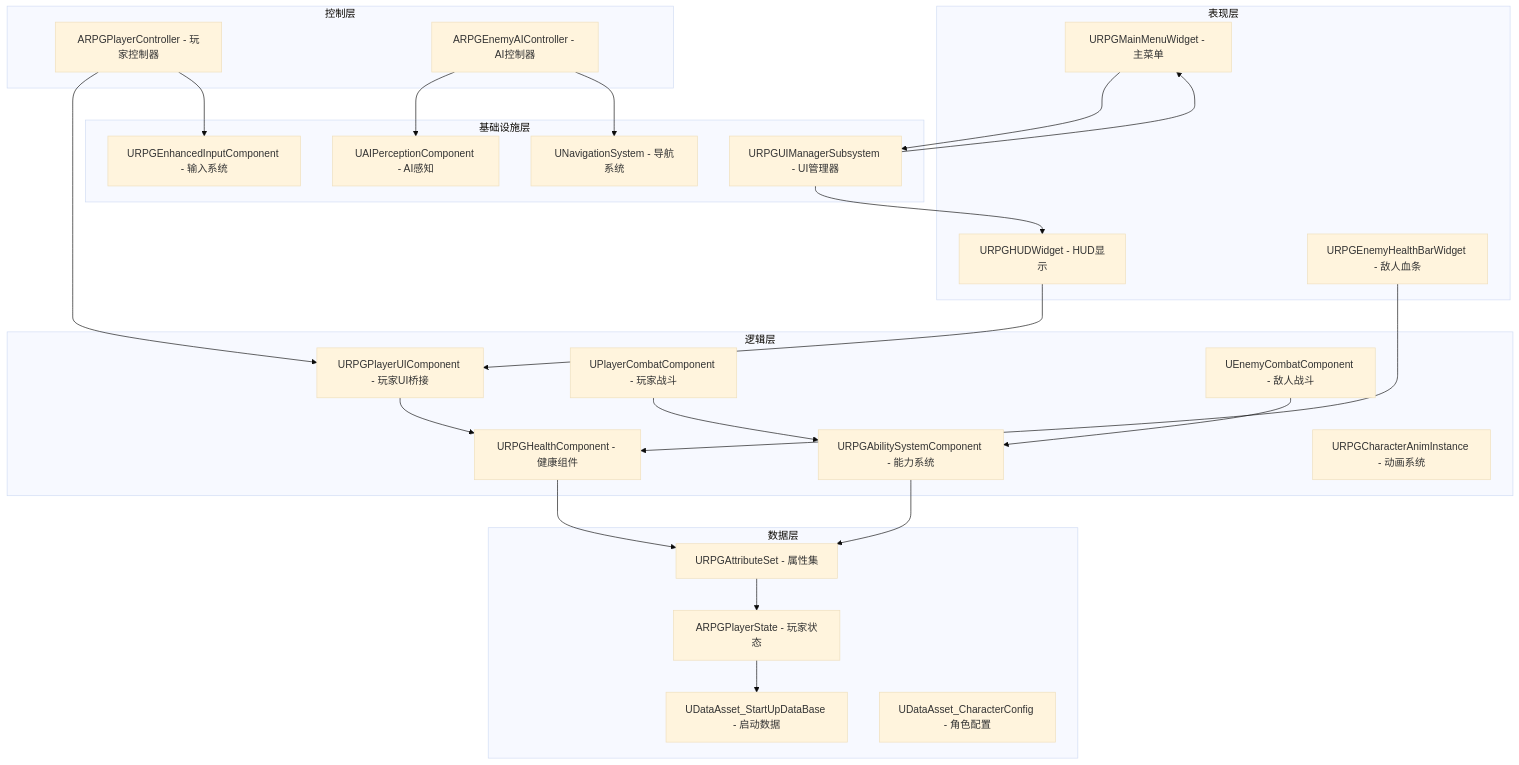
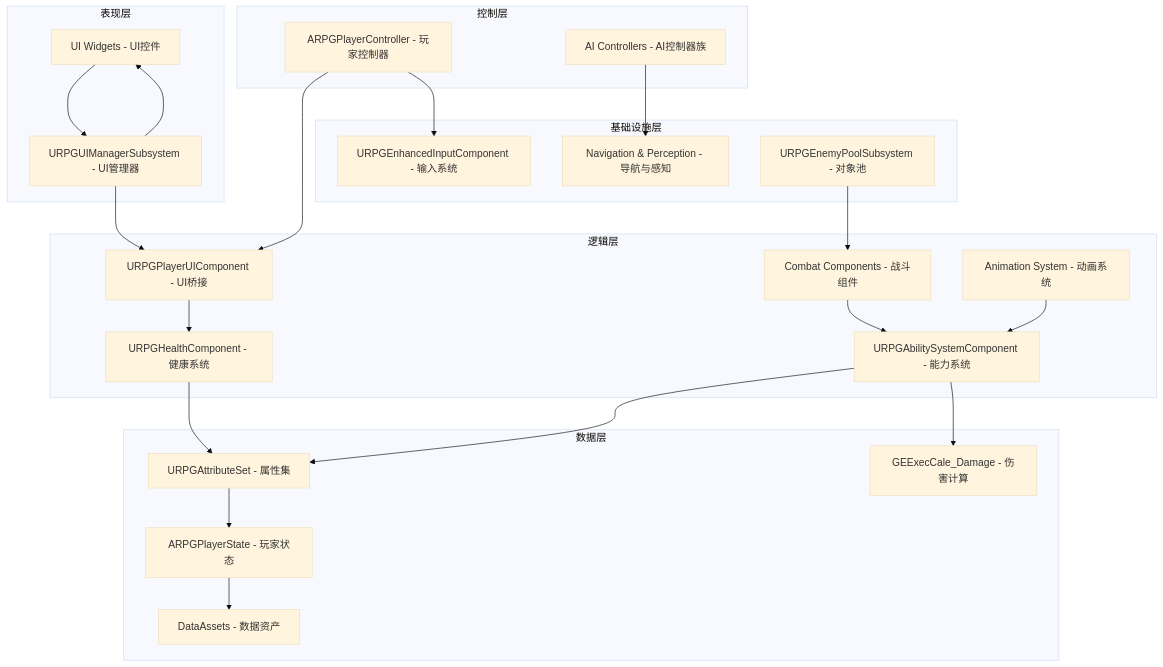
One commit to ARK31415/RPG changed the first of 18 diagrams in Source/Docs/SummaryDesign.md. Above: the diagram before and after it, drawn with Mermaid (base theme). The commit also changed other lines of this file and 12 other files, not shown here.

````diff
--- a/Source/Docs/SummaryDesign.md
+++ b/Source/Docs/SummaryDesign.md
@@ -9,53 +13,49 @@
 ```mermaid
 graph TB
     subgraph 表现层
-        A1[URPGHUDWidget - HUD显示]
-        A2[URPGMainMenuWidget - 主菜单]
-        A3[URPGEnemyHealthBarWidget - 敌人血条]
+        A1[UI Widgets - UI控件]
+        A2[URPGUIManagerSubsystem - UI管理器]
     end
     
     subgraph 控制层
         B1[ARPGPlayerController - 玩家控制器]
-        B2[ARPGEnemyAIController - AI控制器]
+        B2[AI Controllers - AI控制器族]
     end
     
     subgraph 逻辑层
-        C1[URPGPlayerUIComponent - 玩家UI桥接]
-        C2[URPGHealthComponent - 健康组件]
-        C3[UPlayerCombatComponent - 玩家战斗]
-        C4[UEnemyCombatComponent - 敌人战斗]
-        C5[URPGAbilitySystemComponent - 能力系统]
-        C6[URPGCharacterAnimInstance - 动画系统]
+        C1[URPGPlayerUIComponent - UI桥接]
+        C2[URPGHealthComponent - 健康系统]
+        C3[Combat Components - 战斗组件]
+        C4[URPGAbilitySystemComponent - 能力系统]
+        C5[Animation System - 动画系统]
     end
     
     subgraph 数据层
         D1[URPGAttributeSet - 属性集]
         D2[ARPGPlayerState - 玩家状态]
-        D3[UDataAsset_StartUpDataBase - 启动数据]
-        D4[UDataAsset_CharacterConfig - 角色配置]
+        D3[DataAssets - 数据资产]
+        D4[GEExecCale_Damage - 伤害计算]
     end
     
     subgraph 基础设施层
-        E1[URPGUIManagerSubsystem - UI管理器]
-        E2[URPGEnhancedInputComponent - 输入系统]
-        E3[UNavigationSystem - 导航系统]
-        E4[UAIPerceptionComponent - AI感知]
+        E1[URPGEnhancedInputComponent - 输入系统]
+        E2[Navigation & Perception - 导航与感知]
+        E3[URPGEnemyPoolSubsystem - 对象池]
     end
     
-    A1 --> C1
-    A2 --> E1
-    A3 --> C2
+    A1 --> A2
+    A2 --> C1
     B1 --> C1
-    B1 --> E2
-    B2 --> E4
-    B2 --> E3
+    B1 --> E1
+    B2 --> E2
     C1 --> C2
-    C3 --> C5
-    C4 --> C5
+    C3 --> C4
+    C5 --> C4
     C2 --> D1
-    C5 --> D1
+    C4 --> D1
+    C4 --> D4
     D1 --> D2
     D2 --> D3
-    E1 --> A1
-    E1 --> A2
+    E3 --> C3
+    A2 --> A1
 ```
````
